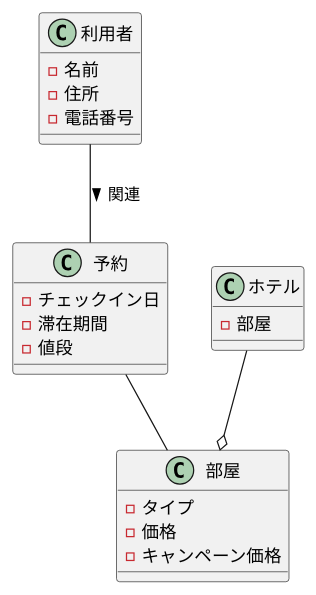
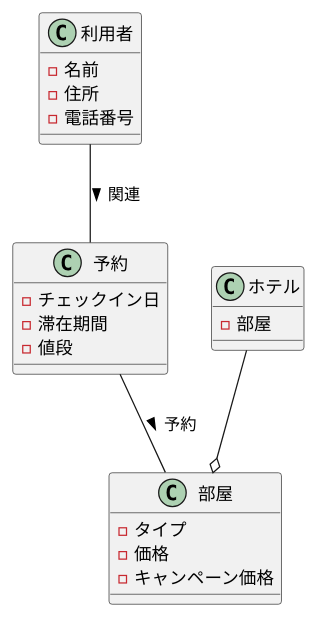
Before and after one commit to kuboi0627/unl-introduction: the diagram in 演習3-3_CL_ホテルと利用者と部屋と予約.pu, drawn with PlantUML.

Commit message:
演習３－3

```diff
--- a/演習3-3_CL_ホテルと利用者と部屋と予約.pu
+++ b/演習3-3_CL_ホテルと利用者と部屋と予約.pu
@@ -1,27 +1,27 @@
 @startuml
 class 利用者{
     - 名前
     - 住所
     - 電話番号
 }
 
 class ホテル{
     - 部屋
 }
 
 class 部屋{
     - タイプ
     - 価格
     - キャンペーン価格
 }
 
 class 予約{
     - チェックイン日
     - 滞在期間
     - 値段
 }
 
 利用者 -- 予約:関連 >
 ホテル --o 部屋
-予約 -- 部屋
+予約 -- 部屋:予約 >
 @enduml
```
